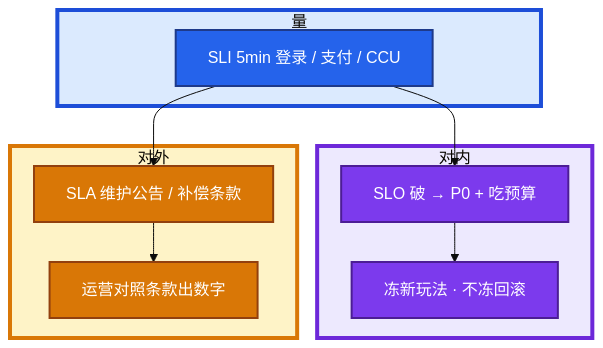
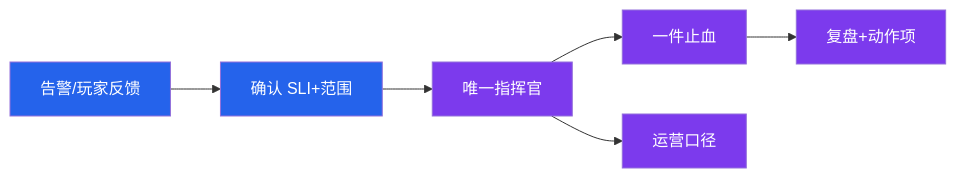
Before and after one commit to ml-cuizijun/LearnToLilith: the third of 6 diagrams in 08-游戏运维专题/09-游戏SRE稳定性/知识点.md, drawn with Mermaid. The commit also changed other lines of this file and 213 other files, not shown here.

````diff
--- a/08-游戏运维专题/09-游戏SRE稳定性/知识点.md
+++ b/08-游戏运维专题/09-游戏SRE稳定性/知识点.md
@@ -198,29 +107,13 @@
 ```mermaid
-%%{init: {"flowchart": {"padding": 16, "nodeSpacing": 28, "rankSpacing": 40}, "theme": "base"}}%%
-flowchart TB
-    subgraph measure ["量"]
-        sli[SLI 5min 登录 / 支付 / CCU]
-    end
-    subgraph inside ["对内"]
-        slo[SLO 破 → P0 + 吃预算]
-        freeze[冻新玩法 · 不冻回滚]
-        slo --> freeze
-    end
-    subgraph outside ["对外"]
-        sla[SLA 维护公告 / 补偿条款]
-        ops[运营对照条款出数字]
-        sla --> ops
-    end
-    sli --> slo
-    sli --> sla
+flowchart LR
+    alert[告警/玩家反馈] --> triage[确认 SLI+范围]
+    triage --> cmd[唯一指挥官]
+    cmd --> fix[一件止血]
+    cmd --> comm[运营口径]
+    fix --> post[复盘+动作项]
 
-    classDef a fill:#2563EB,stroke:#1E3A8A,stroke-width:2px,color:#fff
-    classDef b fill:#7C3AED,stroke:#4C1D95,stroke-width:2px,color:#fff
-    classDef c fill:#D97706,stroke:#92400E,stroke-width:2px,color:#fff
-    class sli a
-    class slo,freeze b
-    class sla,ops c
-    style measure fill:#DBEAFE,stroke:#1D4ED8,stroke-width:4px
-    style inside fill:#EDE9FE,stroke:#6D28D9,stroke-width:4px
-    style outside fill:#FEF3C7,stroke:#D97706,stroke-width:4px
+    classDef a fill:#2563EB,color:#fff
+    classDef b fill:#7C3AED,color:#fff
+    class alert,triage a
+    class cmd,fix,comm,post b
 ```
````
